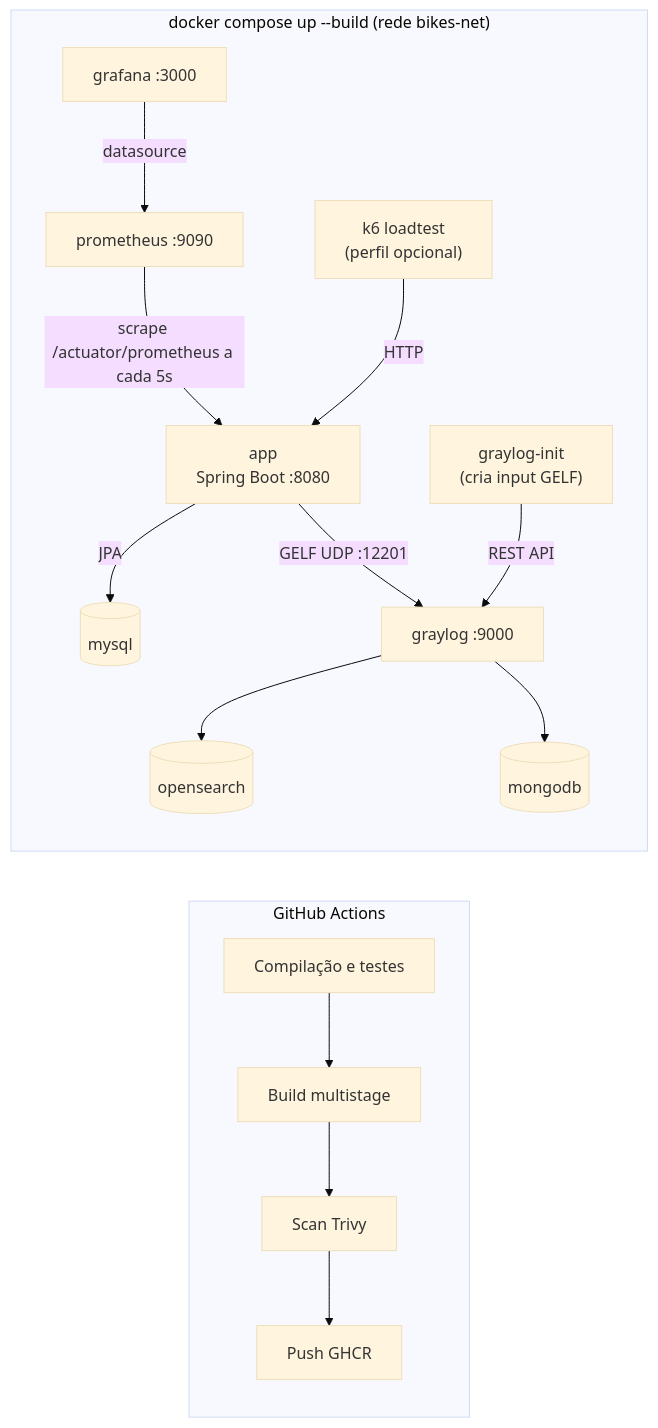
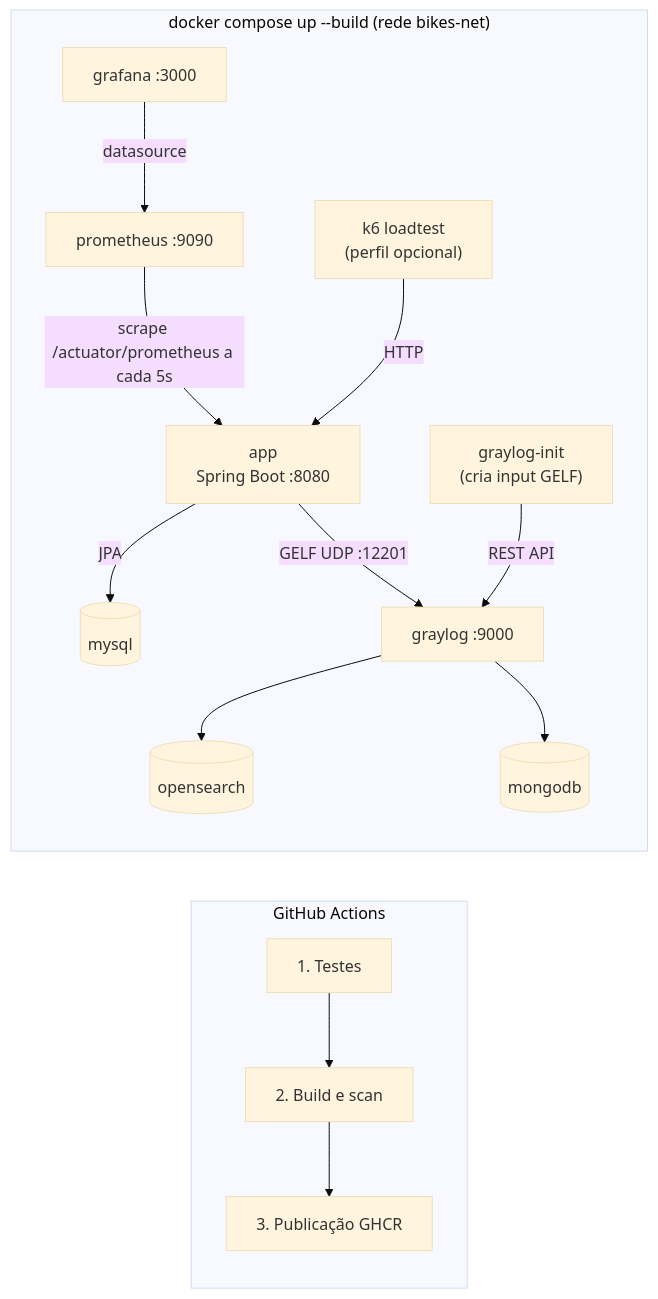
Before and after one commit to wlli173/bikes: the first of 2 diagrams in README.md, drawn with Mermaid (base theme). The commit also changed other lines of this file and 1 other file, not shown here.

````diff
--- a/README.md
+++ b/README.md
@@ -33,27 +33,27 @@
 ```mermaid
 flowchart LR
     subgraph CI["GitHub Actions"]
-        T[Compilação e testes] --> B[Build multistage] --> S[Scan Trivy] --> P[Push GHCR]
+        T["1. Testes"] --> B["2. Build e scan"] --> P["3. Publicação GHCR"]
     end
 
     subgraph Local["docker compose up --build  (rede bikes-net)"]
         APP["app<br/>Spring Boot :8080"]
         DB[("mysql")]
         PROM["prometheus :9090"]
         GRAF["grafana :3000"]
         GL["graylog :9000"]
         OS[("opensearch")]
         MG[("mongodb")]
         INIT["graylog-init<br/>(cria input GELF)"]
         K6["k6 loadtest<br/>(perfil opcional)"]
 
         APP -->|JPA| DB
         PROM -->|scrape /actuator/prometheus a cada 5s| APP
         GRAF -->|datasource| PROM
         APP -->|GELF UDP :12201| GL
         GL --> OS
         GL --> MG
         INIT -->|REST API| GL
         K6 -->|HTTP| APP
     end
 ```
````
